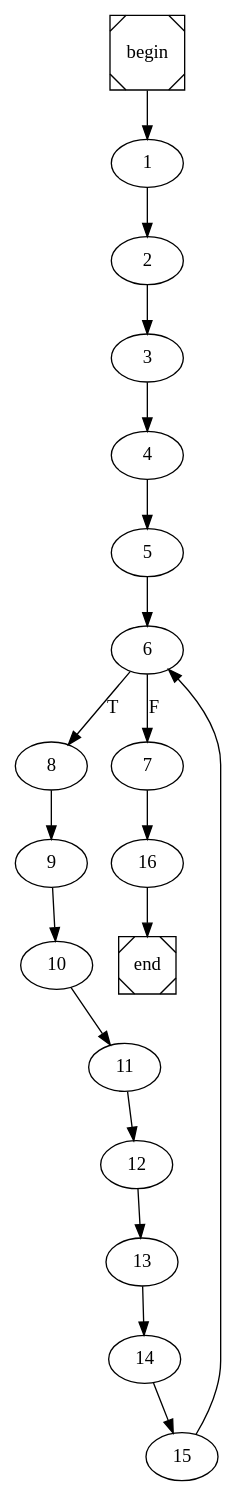
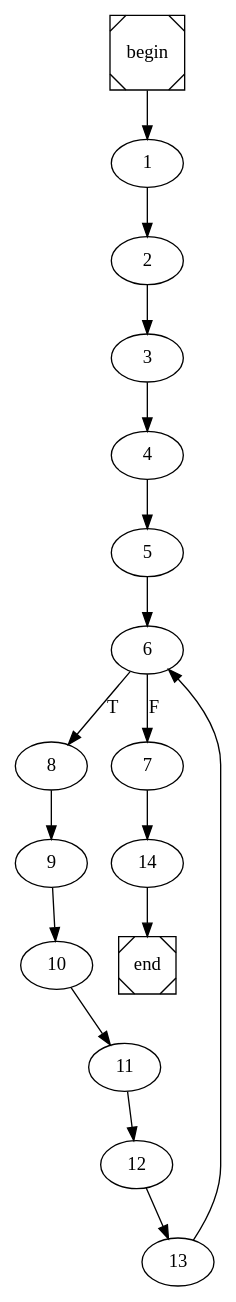
One commit to arubenruben/JMM-Compiler changed the diagram in slice_int_arr_int_int.dot. Above: the diagram before and after it, drawn with Graphviz. The commit also changed 14 other files, not shown here.

```diff
--- a/slice_int_arr_int_int.dot
+++ b/slice_int_arr_int_int.dot
@@ -1,4 +1,4 @@
 digraph cfg {
 	begin [shape=Msquare];
 	end [shape=Msquare];
-	begin -> 1;	1 -> 2;	2 -> 3;	3 -> 4;	4 -> 5;	5 -> 6;	6 -> 8[label=T];	6 -> 7[label=F];	7 -> 16;	8 -> 9;	9 -> 10;	10 -> 11;	11 -> 12;	12 -> 13;	13 -> 14;	14 -> 15;	15 -> 6;	16 -> end;}
+	begin -> 1;	1 -> 2;	2 -> 3;	3 -> 4;	4 -> 5;	5 -> 6;	6 -> 8[label=T];	6 -> 7[label=F];	7 -> 14;	8 -> 9;	9 -> 10;	10 -> 11;	11 -> 12;	12 -> 13;	13 -> 6;	14 -> end;}
```
